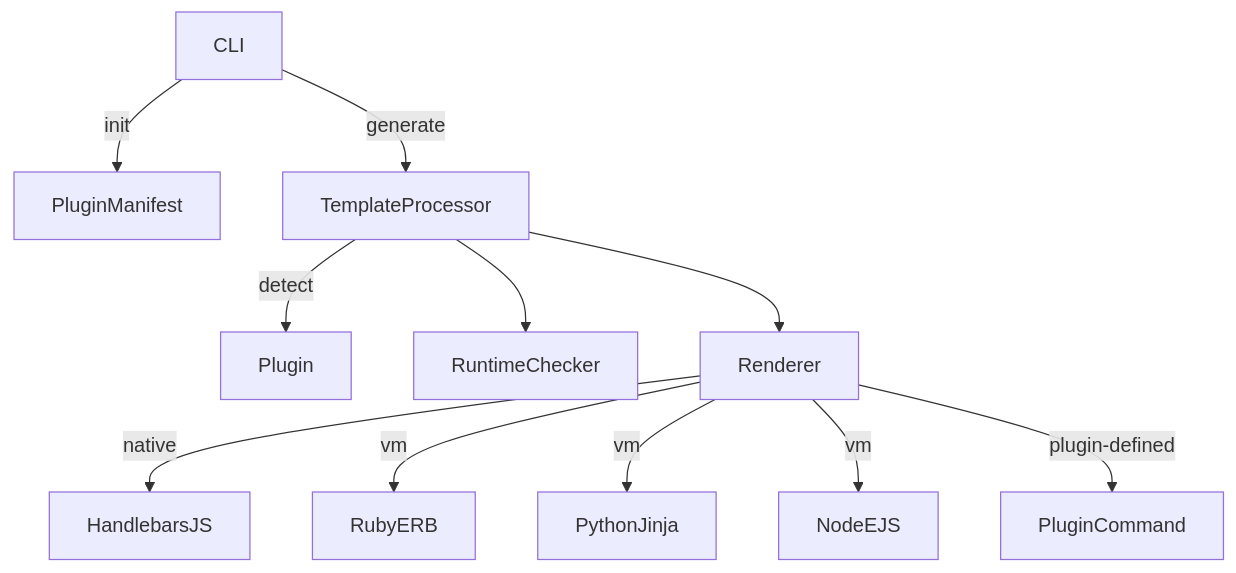
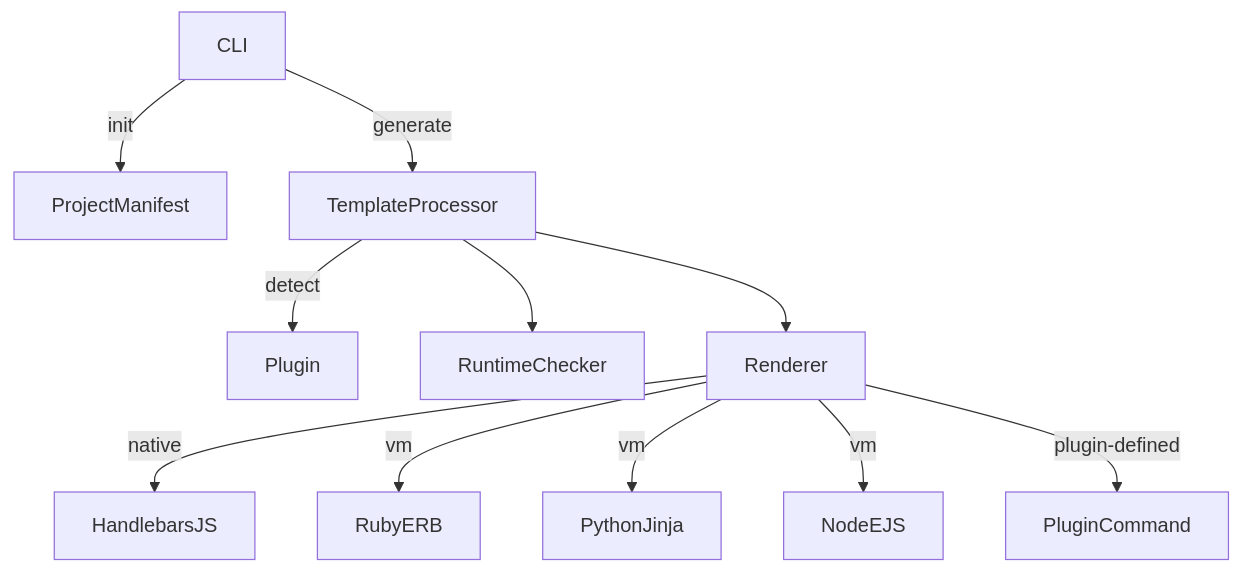
The diagram in README.md (logicminds/force-cli), drawn with Mermaid before and after one commit.

````diff
--- a/README.md
+++ b/README.md
@@ -28,13 +28,13 @@
 ```mermaid
 graph TD
-  CLI -->|init| PluginManifest
+  CLI -->|init| ProjectManifest
   CLI -->|generate| TemplateProcessor
   TemplateProcessor -->|detect| Plugin
   TemplateProcessor --> RuntimeChecker
   TemplateProcessor --> Renderer
   Renderer -->|native| HandlebarsJS
   Renderer -->|vm| RubyERB
   Renderer -->|vm| PythonJinja
   Renderer -->|vm| NodeEJS
   Renderer -->|plugin-defined| PluginCommand
 ```
````
